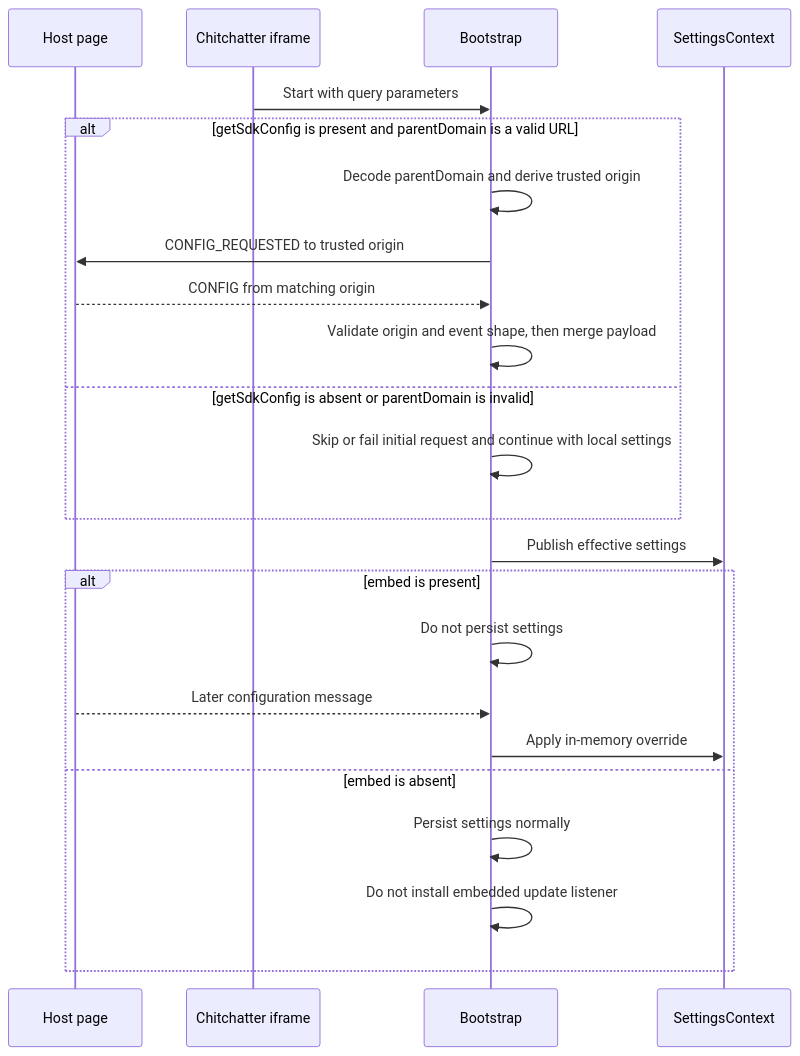
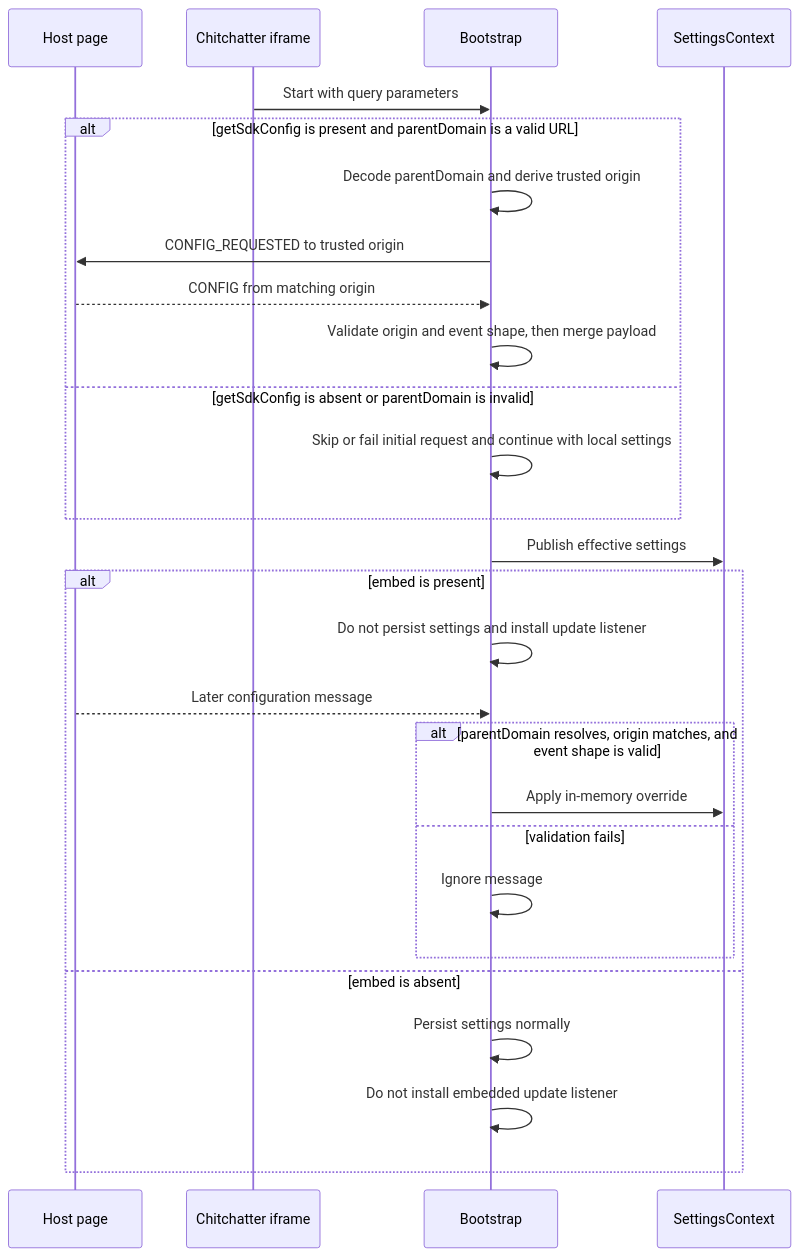
The ninth of 9 diagrams in docs/architecture/codebase-runtime.md (drunkod/chitchatter), drawn with Mermaid before and after one commit. The commit also changed other lines of this file and 2 other files, not shown here.

Commit message:
Clarify architecture docs and reproduction steps

````diff
--- a/docs/architecture/codebase-runtime.md
+++ b/docs/architecture/codebase-runtime.md
@@ -254,26 +265,30 @@
 ```mermaid
 sequenceDiagram
     participant Host as Host page
     participant Frame as Chitchatter iframe
     participant Bootstrap
     participant Settings as SettingsContext
 
     Frame->>Bootstrap: Start with query parameters
     alt getSdkConfig is present and parentDomain is a valid URL
         Bootstrap->>Bootstrap: Decode parentDomain and derive trusted origin
         Bootstrap->>Host: CONFIG_REQUESTED to trusted origin
         Host-->>Bootstrap: CONFIG from matching origin
         Bootstrap->>Bootstrap: Validate origin and event shape, then merge payload
     else getSdkConfig is absent or parentDomain is invalid
         Bootstrap->>Bootstrap: Skip or fail initial request and continue with local settings
     end
     Bootstrap->>Settings: Publish effective settings
     alt embed is present
-        Bootstrap->>Bootstrap: Do not persist settings
+        Bootstrap->>Bootstrap: Do not persist settings and install update listener
         Host-->>Bootstrap: Later configuration message
-        Bootstrap->>Settings: Apply in-memory override
+        alt parentDomain resolves, origin matches, and event shape is valid
+            Bootstrap->>Settings: Apply in-memory override
+        else validation fails
+            Bootstrap->>Bootstrap: Ignore message
+        end
     else embed is absent
         Bootstrap->>Bootstrap: Persist settings normally
         Bootstrap->>Bootstrap: Do not install embedded update listener
     end
 ```
````
